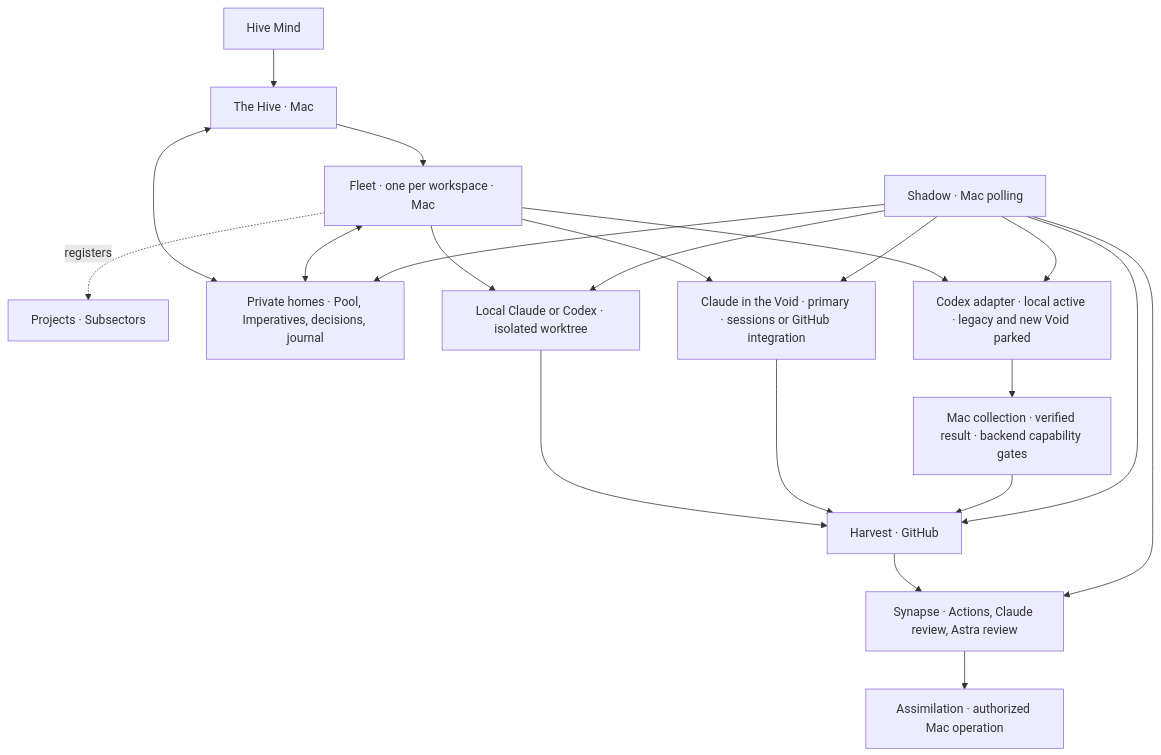
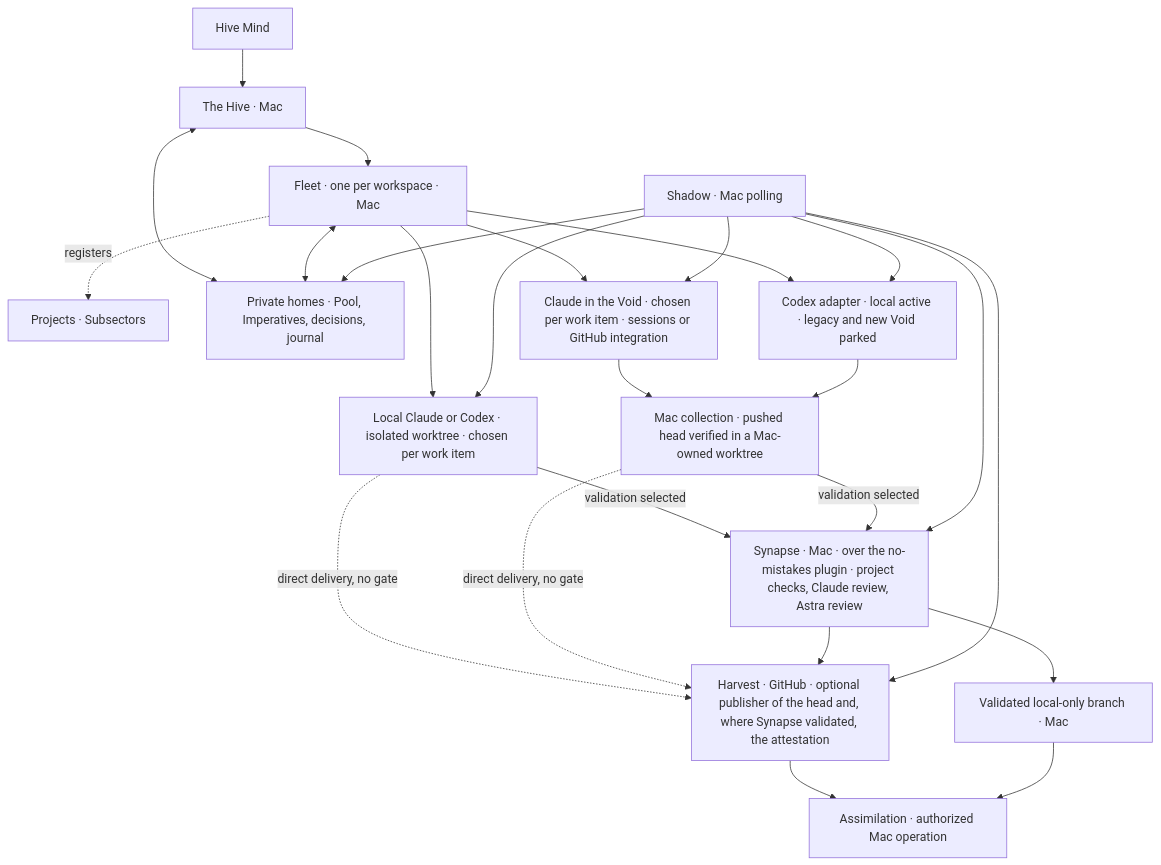
Before and after one commit to kesk-git/hive: the diagram in docs/design.md, drawn with Mermaid. The commit also changed other lines of this file and 5 other files, not shown here.

First line of the commit message:
docs: redraw Synapse local-first over no-mistakes and carry execution place through stages 1-5 (#11)

````diff
--- a/docs/design.md
+++ b/docs/design.md
@@ -42,23 +42,27 @@
 ```mermaid
 flowchart TD
     Mind[Hive Mind] --> Hive[The Hive · Mac]
     Hive --> Fleet[Fleet · one per workspace · Mac]
     Fleet -. registers .-> Projects[Projects · Subsectors]
     Hive <--> Private[Private homes · Pool, Imperatives, decisions, journal]
     Fleet <--> Private
-    Fleet --> Local[Local Claude or Codex · isolated worktree]
-    Fleet --> Claude[Claude in the Void · primary · sessions or GitHub integration]
+    Fleet --> Local[Local Claude or Codex · isolated worktree · chosen per work item]
+    Fleet --> Claude[Claude in the Void · chosen per work item · sessions or GitHub integration]
     Fleet --> Codex[Codex adapter · local active · legacy and new Void parked]
-    Local --> Harvest[Harvest · GitHub]
-    Claude --> Harvest
-    Codex --> Collection[Mac collection · verified result · backend capability gates]
-    Collection --> Harvest
-    Harvest --> Synapse[Synapse · Actions, Claude review, Astra review]
-    Synapse --> Assimilation[Assimilation · authorized Mac operation]
+    Local -- validation selected --> Synapse[Synapse · Mac · over the no-mistakes plugin · project checks, Claude review, Astra review]
+    Claude --> Collection[Mac collection · pushed head verified in a Mac-owned worktree]
+    Codex --> Collection
+    Collection -- validation selected --> Synapse
+    Local -. direct delivery, no gate .-> Harvest
+    Collection -. direct delivery, no gate .-> Harvest
+    Synapse --> Harvest[Harvest · GitHub · optional publisher of the head and, where Synapse validated, the attestation]
+    Synapse --> Branch[Validated local-only branch · Mac]
+    Harvest --> Assimilation[Assimilation · authorized Mac operation]
+    Branch --> Assimilation
     Shadow[Shadow · Mac polling] --> Private
     Shadow --> Local
     Shadow --> Claude
     Shadow --> Codex
+    Shadow --> Synapse
     Shadow --> Harvest
-    Shadow --> Synapse
 ```
````
